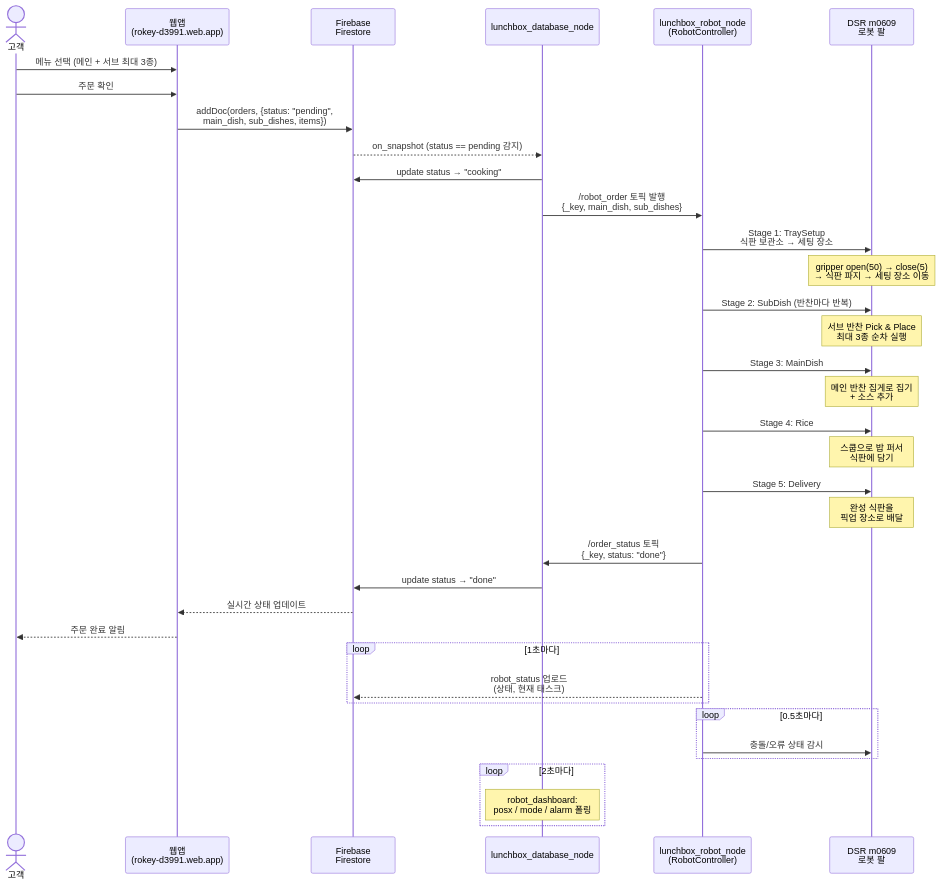
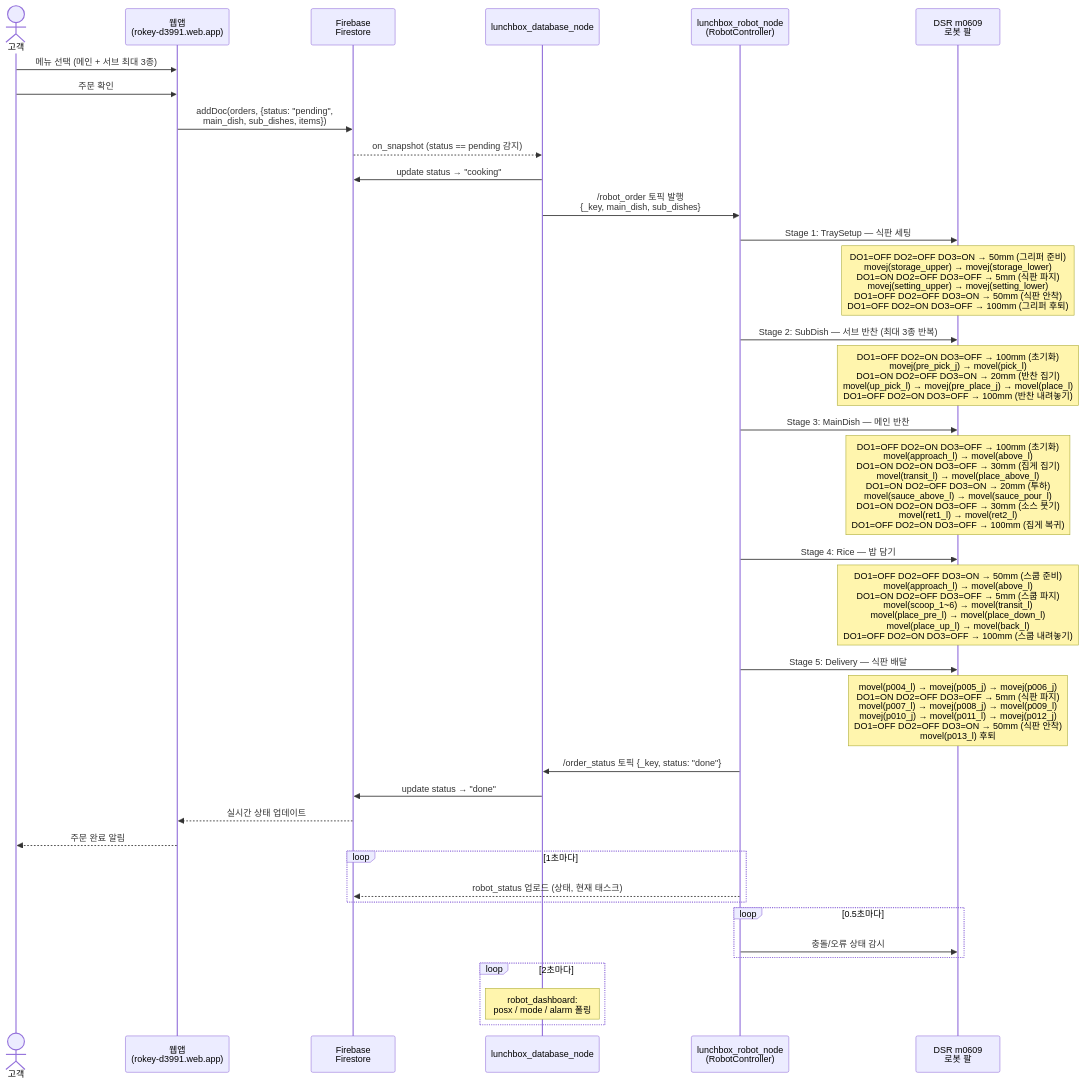
The diagram in docs/SEQUENCE_DIAGRAM.md (yoonseonjae/lunchbox-cobot), drawn with Mermaid before and after one commit.

````diff
--- a/docs/SEQUENCE_DIAGRAM.md
+++ b/docs/SEQUENCE_DIAGRAM.md
@@ -3,52 +3,47 @@
 ```mermaid
 sequenceDiagram
     actor 고객
     participant WEB as 웹앱<br/>(rokey-d3991.web.app)
     participant FS as Firebase<br/>Firestore
     participant DB as lunchbox_database_node
     participant RC as lunchbox_robot_node<br/>(RobotController)
     participant DSR as DSR m0609<br/>로봇 팔
 
-    %% ── 주문 접수 ──
     고객->>WEB: 메뉴 선택 (메인 + 서브 최대 3종)
     고객->>WEB: 주문 확인
     WEB->>FS: addDoc(orders, {status: "pending",<br/>main_dish, sub_dishes, items})
 
-    %% ── Firebase → ROS2 ──
     FS-->>DB: on_snapshot (status == pending 감지)
     DB->>FS: update status → "cooking"
     DB->>RC: /robot_order 토픽 발행<br/>{_key, main_dish, sub_dishes}
 
-    %% ── 로봇 동작 5단계 ──
-    RC->>DSR: Stage 1: TraySetup<br/>식판 보관소 → 세팅 장소
-    Note over DSR: gripper open(50) → close(5)<br/>→ 식판 파지 → 세팅 장소 이동
+    RC->>DSR: Stage 1: TraySetup — 식판 세팅
+    Note over DSR: DO1=OFF DO2=OFF DO3=ON  → 50mm (그리퍼 준비)<br/>movej(storage_upper) → movej(storage_lower)<br/>DO1=ON  DO2=OFF DO3=OFF → 5mm  (식판 파지)<br/>movej(setting_upper) → movej(setting_lower)<br/>DO1=OFF DO2=OFF DO3=ON  → 50mm (식판 안착)<br/>DO1=OFF DO2=ON  DO3=OFF → 100mm (그리퍼 후퇴)
 
-    RC->>DSR: Stage 2: SubDish (반찬마다 반복)
-    Note over DSR: 서브 반찬 Pick & Place<br/>최대 3종 순차 실행
+    RC->>DSR: Stage 2: SubDish — 서브 반찬 (최대 3종 반복)
+    Note over DSR: DO1=OFF DO2=ON  DO3=OFF → 100mm (초기화)<br/>movej(pre_pick_j) → movel(pick_l)<br/>DO1=ON  DO2=OFF DO3=ON  → 20mm (반찬 집기)<br/>movel(up_pick_l) → movej(pre_place_j) → movel(place_l)<br/>DO1=OFF DO2=ON  DO3=OFF → 100mm (반찬 내려놓기)
 
-    RC->>DSR: Stage 3: MainDish
-    Note over DSR: 메인 반찬 집게로 집기<br/>+ 소스 추가
+    RC->>DSR: Stage 3: MainDish — 메인 반찬
+    Note over DSR: DO1=OFF DO2=ON  DO3=OFF → 100mm (초기화)<br/>movel(approach_l) → movel(above_l)<br/>DO1=ON  DO2=ON  DO3=OFF → 30mm (집게 집기)<br/>movel(transit_l) → movel(place_above_l)<br/>DO1=ON  DO2=OFF DO3=ON  → 20mm (투하)<br/>movel(sauce_above_l) → movel(sauce_pour_l)<br/>DO1=ON  DO2=ON  DO3=OFF → 30mm (소스 붓기)<br/>movel(ret1_l) → movel(ret2_l)<br/>DO1=OFF DO2=ON  DO3=OFF → 100mm (집게 복귀)
 
-    RC->>DSR: Stage 4: Rice
-    Note over DSR: 스쿱으로 밥 퍼서<br/>식판에 담기
+    RC->>DSR: Stage 4: Rice — 밥 담기
+    Note over DSR: DO1=OFF DO2=OFF DO3=ON  → 50mm (스쿱 준비)<br/>movel(approach_l) → movel(above_l)<br/>DO1=ON  DO2=OFF DO3=OFF → 5mm  (스쿱 파지)<br/>movel(scoop_1~6) → movel(transit_l)<br/>movel(place_pre_l) → movel(place_down_l)<br/>movel(place_up_l) → movel(back_l)<br/>DO1=OFF DO2=ON  DO3=OFF → 100mm (스쿱 내려놓기)
 
-    RC->>DSR: Stage 5: Delivery
-    Note over DSR: 완성 식판을<br/>픽업 장소로 배달
+    RC->>DSR: Stage 5: Delivery — 식판 배달
+    Note over DSR: movel(p004_l) → movej(p005_j) → movej(p006_j)<br/>DO1=ON  DO2=OFF DO3=OFF → 5mm  (식판 파지)<br/>movel(p007_l) → movej(p008_j) → movel(p009_l)<br/>movej(p010_j) → movel(p011_l) → movej(p012_j)<br/>DO1=OFF DO2=OFF DO3=ON  → 50mm (식판 안착)<br/>movel(p013_l) 후퇴
 
-    %% ── 완료 처리 ──
-    RC->>DB: /order_status 토픽<br/>{_key, status: "done"}
+    RC->>DB: /order_status 토픽 {_key, status: "done"}
     DB->>FS: update status → "done"
     FS-->>WEB: 실시간 상태 업데이트
     WEB-->>고객: 주문 완료 알림
 
-    %% ── 모니터링 (병렬) ──
     loop 1초마다
-        RC-->>FS: robot_status 업로드<br/>(상태, 현재 태스크)
+        RC-->>FS: robot_status 업로드 (상태, 현재 태스크)
     end
     loop 0.5초마다
         RC->>DSR: 충돌/오류 상태 감시
     end
     loop 2초마다
         Note over DB: robot_dashboard:<br/>posx / mode / alarm 폴링
     end
 ```
````
